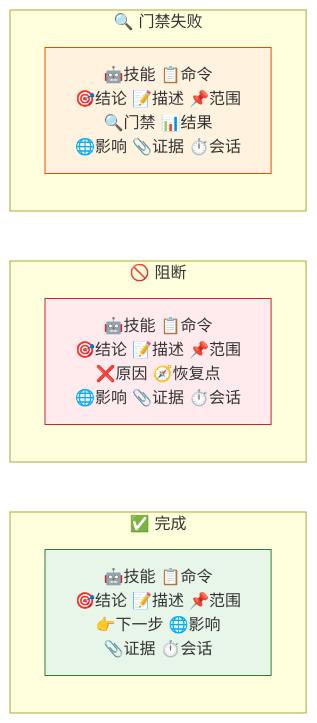
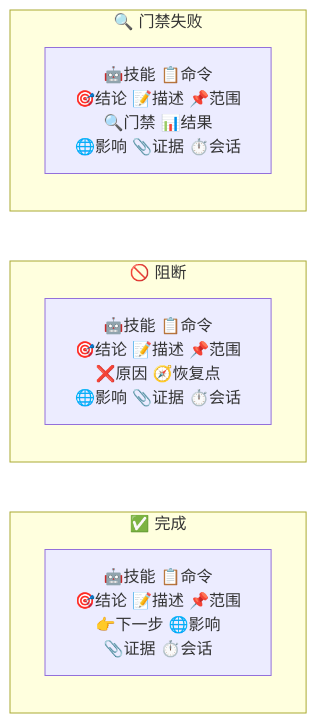
One commit to effiy/YrY changed the fourth of 11 diagrams in skills/rui-bot/SKILL.md. Above: the diagram before and after it, drawn with Mermaid. The commit also changed other lines of this file and 61 other files, not shown here.

````diff
--- a/skills/rui-bot/SKILL.md
+++ b/skills/rui-bot/SKILL.md
@@ -131,16 +123,13 @@
 ```mermaid
 flowchart LR
     subgraph 完成["✅ 完成"]
         C1["🤖技能 📋命令<br/>🎯结论 📝描述 📌范围<br/>👉下一步 🌐影响<br/>📎证据 ⏱️会话"]:::ok
     end
     subgraph 阻断["🚫 阻断"]
         C2["🤖技能 📋命令<br/>🎯结论 📝描述 📌范围<br/>❌原因 🧭恢复点<br/>🌐影响 📎证据 ⏱️会话"]:::block
     end
     subgraph 门禁["🔍 门禁失败"]
         C3["🤖技能 📋命令<br/>🎯结论 📝描述 📌范围<br/>🔍门禁 📊结果<br/>🌐影响 📎证据 ⏱️会话"]:::gate
     end
 
-    classDef ok fill:#e8f5e9,stroke:#2e7d32;
-    classDef block fill:#ffebee,stroke:#c62828;
-    classDef gate fill:#fff3e0,stroke:#e65100;
 ```
````
